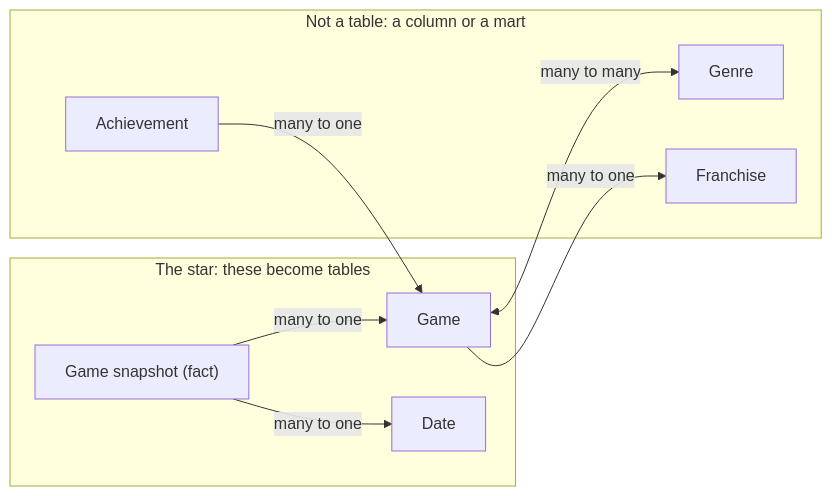
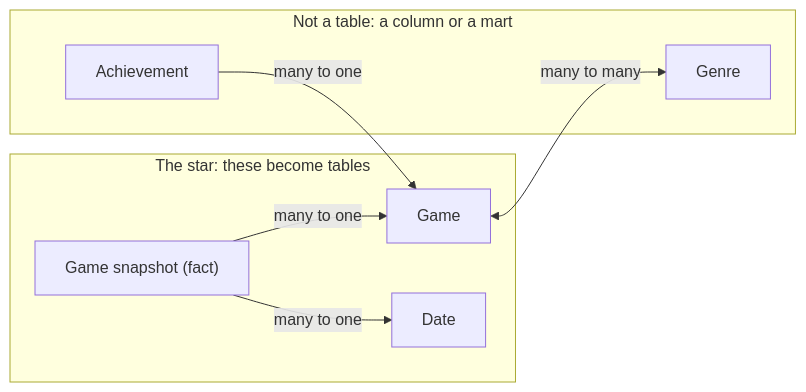
One commit to Akina-Aoki/steam_data_platform_aira changed the diagram in docs/13_conceptual_model.md. Above: the diagram before and after it, drawn with Mermaid. The commit also changed other lines of this file and 8 other files, not shown here.

````diff
--- a/docs/13_conceptual_model.md
+++ b/docs/13_conceptual_model.md
@@ -94,18 +93,16 @@
 ```mermaid
 flowchart LR
     subgraph STAR["The star: these become tables"]
         S["Game snapshot (fact)"]
         G["Game"]
         D["Date"]
     end
     subgraph OUT["Not a table: a column or a mart"]
         GE["Genre"]
-        F["Franchise"]
         A["Achievement"]
     end
     S -->|many to one| G
     S -->|many to one| D
     G <-->|many to many| GE
-    G -->|many to one| F
     A -->|many to one| G
 ```
````
